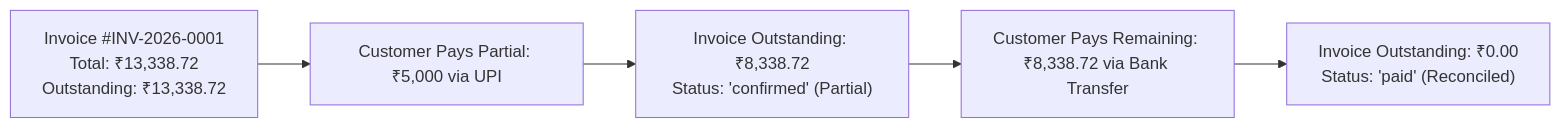
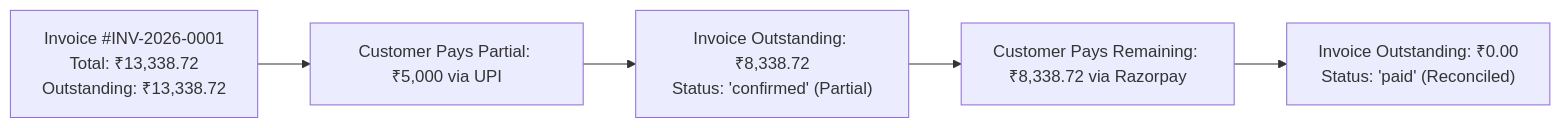
Before and after one commit to tc484472-byte/odoo: the sixth of 7 diagrams in README.md, drawn with Mermaid. The commit also changed other lines of this file and 17 other files, not shown here.

Commit message:
feat: customer self-service plans, razorpay integration, renewal notifications, updated readme

````diff
--- a/README.md
+++ b/README.md
@@ -272,7 +354,7 @@
 ```mermaid
 flowchart LR
     Inv["Invoice #INV-2026-0001\nTotal: ₹13,338.72\nOutstanding: ₹13,338.72"] --> Pay1["Customer Pays Partial: ₹5,000 via UPI"]
     Pay1 --> Update1["Invoice Outstanding: ₹8,338.72\nStatus: 'confirmed' (Partial)"]
-    Update1 --> Pay2["Customer Pays Remaining: ₹8,338.72 via Bank Transfer"]
+    Update1 --> Pay2["Customer Pays Remaining: ₹8,338.72 via Razorpay"]
     Pay2 --> Update2["Invoice Outstanding: ₹0.00\nStatus: 'paid' (Reconciled)"]
 ```
````
